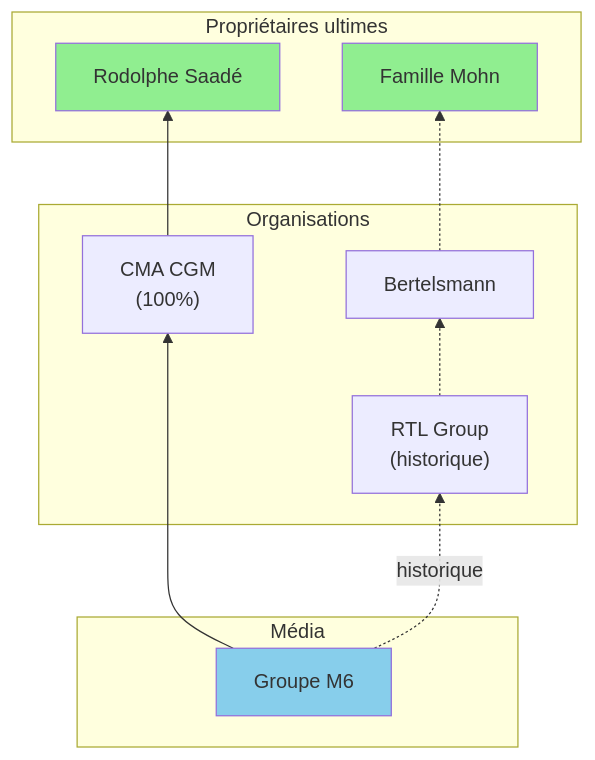
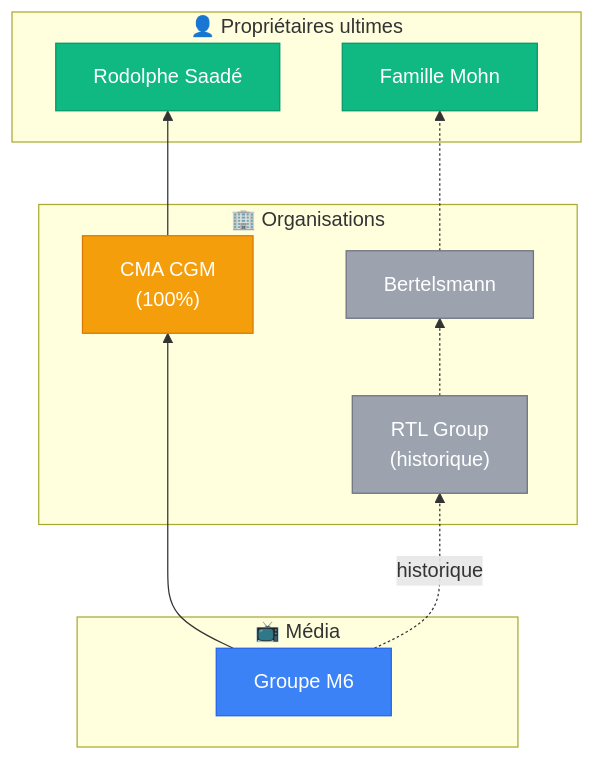
One commit to cedric-famibelle-pronzola/medias-francais-api changed diagram 11 of 14 in docs/diagrams.md. Above: the diagram before and after it, drawn with Mermaid. The commit also changed other lines of this file, not shown here.

Commit message:
docs: improve mermaid styles

````diff
--- a/docs/diagrams.md
+++ b/docs/diagrams.md
@@ -400,27 +476,30 @@
 ```mermaid
 flowchart BT
-    subgraph Media["Média"]
+    subgraph Media["📺 Média"]
         M6["Groupe M6"]
     end
 
-    subgraph Orgs["Organisations"]
+    subgraph Orgs["🏢 Organisations"]
         CMA["CMA CGM<br/>(100%)"]
         RTL["RTL Group<br/>(historique)"]
         BERT["Bertelsmann"]
     end
 
-    subgraph Personnes["Propriétaires ultimes"]
+    subgraph Personnes["👤 Propriétaires ultimes"]
         RS["Rodolphe Saadé"]
         FM["Famille Mohn"]
     end
 
     M6 --> CMA
     M6 -.->|historique| RTL
     RTL -.-> BERT
     CMA --> RS
     BERT -.-> FM
 
-    style RS fill:#90EE90
-    style FM fill:#90EE90
-    style M6 fill:#87CEEB
+    style M6 fill:#3b82f6,stroke:#2563eb,color:#fff
+    style CMA fill:#f59e0b,stroke:#d97706,color:#fff
+    style RTL fill:#9ca3af,stroke:#6b7280,color:#fff
+    style BERT fill:#9ca3af,stroke:#6b7280,color:#fff
+    style RS fill:#10b981,stroke:#059669,color:#fff
+    style FM fill:#10b981,stroke:#059669,color:#fff
 ```
````
